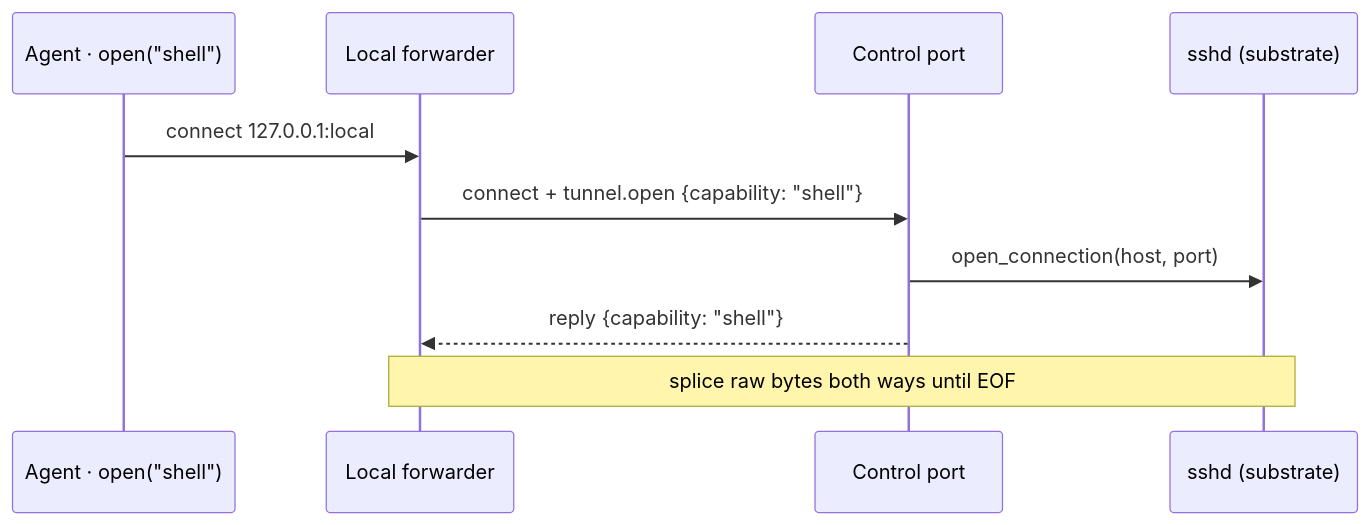
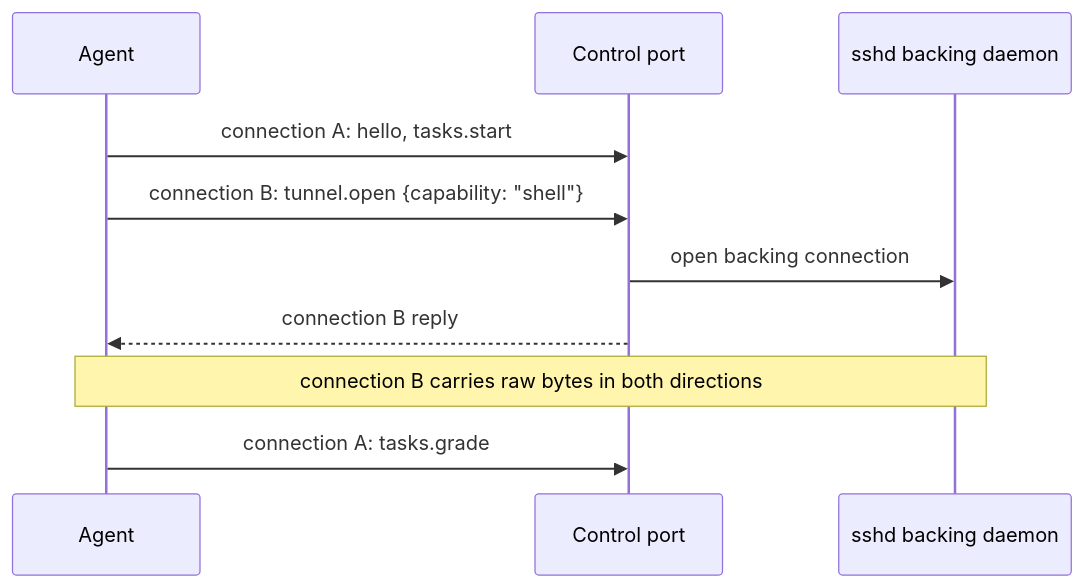
The second of 2 diagrams in docs/v6/internals/control-channel.mdx (hud-evals/hud-python), drawn with Mermaid before and after one commit. The commit also changed other lines of this file and 20 other files, not shown here.

````diff
--- a/docs/v6/internals/control-channel.mdx
+++ b/docs/v6/internals/control-channel.mdx
@@ -192,12 +143,12 @@
 ```mermaid
 sequenceDiagram
-    participant Agent as Agent · open("shell")
-    participant Fwd as Local forwarder
+    participant Agent
     participant Ctl as Control port
-    participant Daemon as sshd (substrate)
-    Agent->>Fwd: connect 127.0.0.1:local
-    Fwd->>Ctl: connect + tunnel.open {capability: "shell"}
-    Ctl->>Daemon: open_connection(host, port)
-    Ctl-->>Fwd: reply {capability: "shell"}
-    Note over Fwd,Daemon: splice raw bytes both ways until EOF
+    participant Sshd as sshd backing daemon
+    Agent->>Ctl: connection A: hello, tasks.start
+    Agent->>Ctl: connection B: tunnel.open {capability: "shell"}
+    Ctl->>Sshd: open backing connection
+    Ctl-->>Agent: connection B reply
+    Note over Agent,Sshd: connection B carries raw bytes in both directions
+    Agent->>Ctl: connection A: tasks.grade
 ```
````
